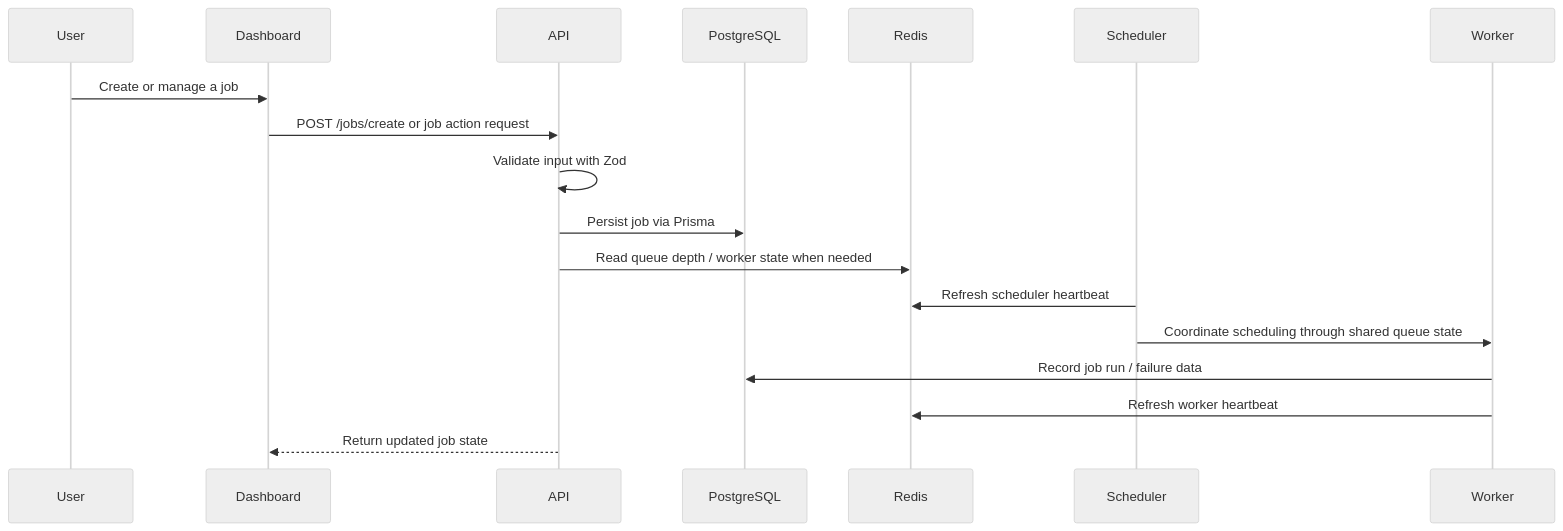
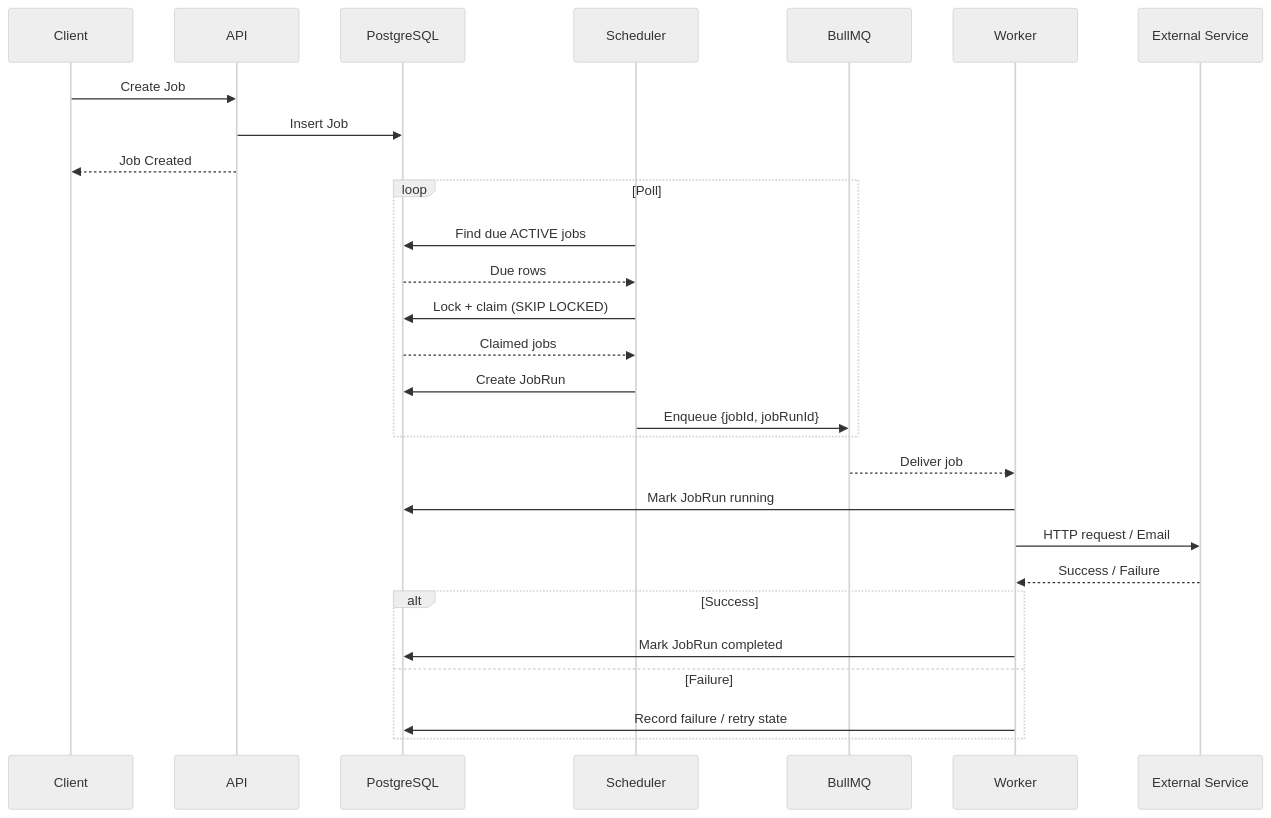
One commit to Steel-roger-moondradev/distributed_job_scheduler changed the tenth of 13 diagrams in README.md. Above: the diagram before and after it, drawn with Mermaid (neutral theme). The commit also changed other lines of this file, not shown here.

````diff
--- a/README.md
+++ b/README.md
@@ -361,21 +473,34 @@
 ```mermaid
 sequenceDiagram
-  participant User
-  participant Dashboard
-  participant API
-  participant Postgres as PostgreSQL
-  participant Redis
-  participant Scheduler
-  participant Worker
+    participant Client
+    participant API
+    participant PostgreSQL
+    participant Scheduler
+    participant BullMQ
+    participant Worker
+    participant External as External Service
 
-  User->>Dashboard: Create or manage a job
-  Dashboard->>API: POST /jobs/create or job action request
-  API->>API: Validate input with Zod
-  API->>Postgres: Persist job via Prisma
-  API->>Redis: Read queue depth / worker state when needed
-  Scheduler->>Redis: Refresh scheduler heartbeat
-  Scheduler->>Worker: Coordinate scheduling through shared queue state
-  Worker->>Postgres: Record job run / failure data
-  Worker->>Redis: Refresh worker heartbeat
-  API-->>Dashboard: Return updated job state
+    Client->>API: Create Job
+    API->>PostgreSQL: Insert Job
+    API-->>Client: Job Created
+
+    loop Poll
+        Scheduler->>PostgreSQL: Find due ACTIVE jobs
+        PostgreSQL-->>Scheduler: Due rows
+        Scheduler->>PostgreSQL: Lock + claim (SKIP LOCKED)
+        PostgreSQL-->>Scheduler: Claimed jobs
+        Scheduler->>PostgreSQL: Create JobRun
+        Scheduler->>BullMQ: Enqueue {jobId, jobRunId}
+    end
+
+    BullMQ-->>Worker: Deliver job
+    Worker->>PostgreSQL: Mark JobRun running
+    Worker->>External: HTTP request / Email
+    External-->>Worker: Success / Failure
+
+    alt Success
+        Worker->>PostgreSQL: Mark JobRun completed
+    else Failure
+        Worker->>PostgreSQL: Record failure / retry state
+    end
 ```
````
